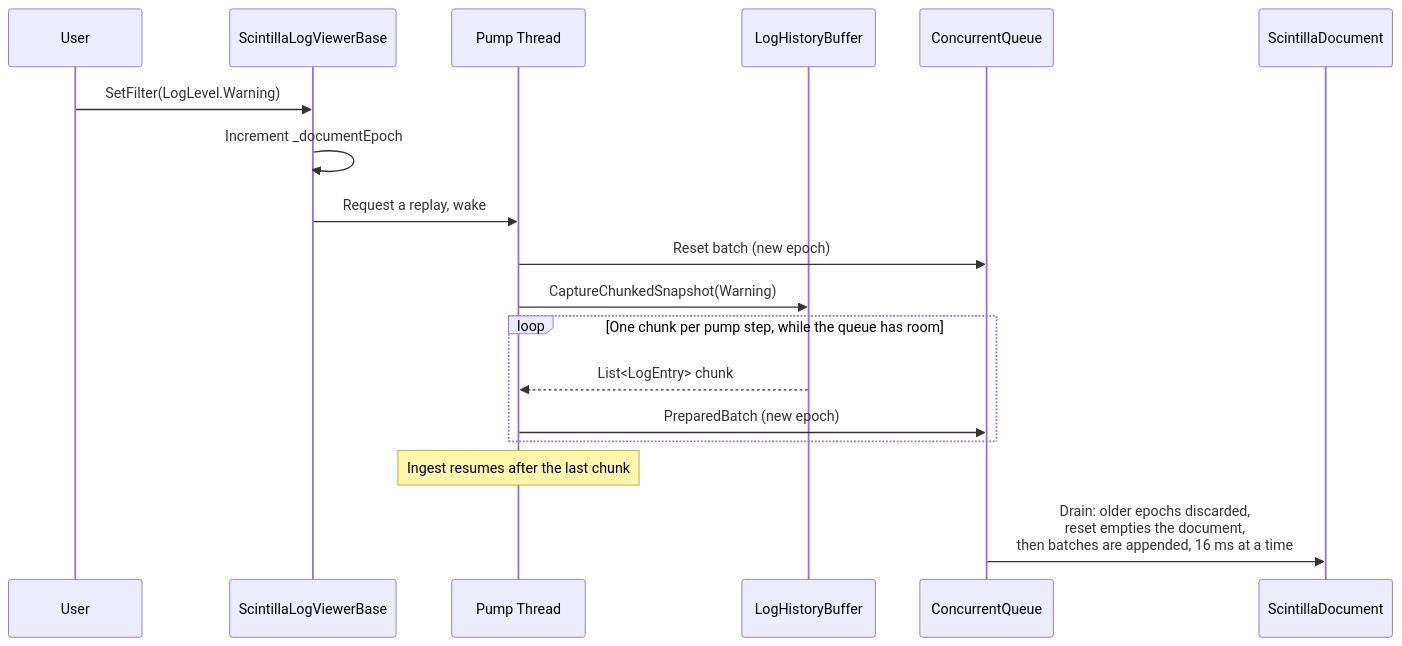
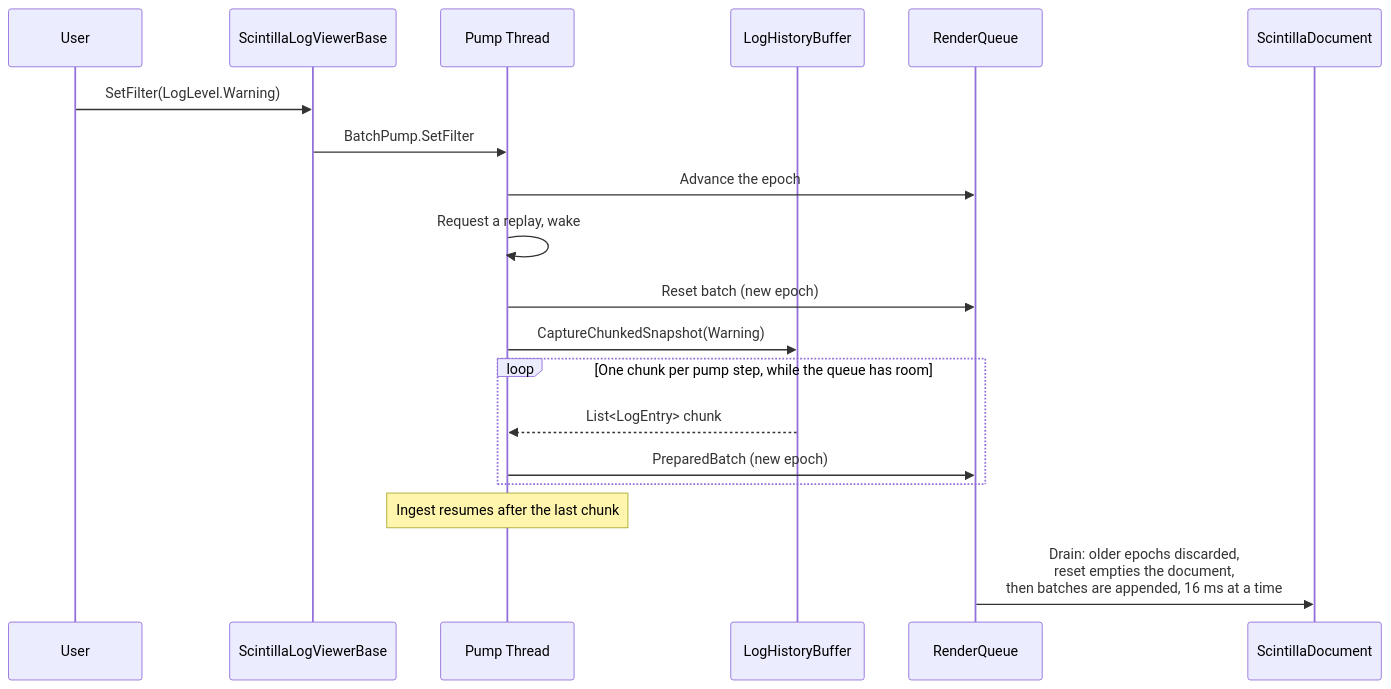
The fifth of 8 diagrams in docs/architecture.md (trgiangv/ZLogger.Scintilla), drawn with Mermaid before and after one commit. The commit also changed other lines of this file and 9 other files, not shown here.

First line of the commit message:
refactor(pipeline): split the viewer into BatchPump and RenderQueue

````diff
--- a/docs/architecture.md
+++ b/docs/architecture.md
@@ -204,23 +210,24 @@
 ```mermaid
 sequenceDiagram
     participant User
     participant Base as ScintillaLogViewerBase
     participant Pump as Pump Thread
     participant Hist as LogHistoryBuffer
-    participant Queue as ConcurrentQueue
+    participant Queue as RenderQueue
     participant Doc as ScintillaDocument
 
     User->>Base: SetFilter(LogLevel.Warning)
-    Base->>Base: Increment _documentEpoch
-    Base->>Pump: Request a replay, wake
+    Base->>Pump: BatchPump.SetFilter
+    Pump->>Queue: Advance the epoch
+    Pump->>Pump: Request a replay, wake
 
     Pump->>Queue: Reset batch (new epoch)
     Pump->>Hist: CaptureChunkedSnapshot(Warning)
     loop One chunk per pump step, while the queue has room
         Hist-->>Pump: List<LogEntry> chunk
         Pump->>Queue: PreparedBatch (new epoch)
     end
     Note over Pump: Ingest resumes after the last chunk
 
     Queue->>Doc: Drain: older epochs discarded,<br/>reset empties the document,<br/>then batches are appended, 16 ms at a time
 ```
````
